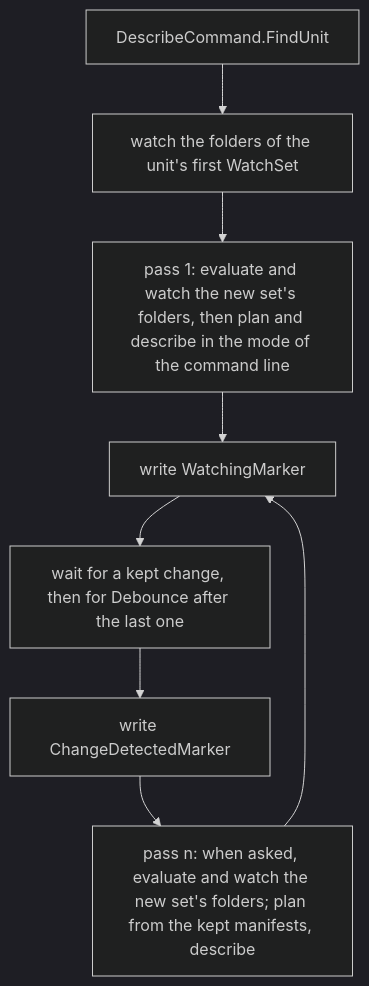
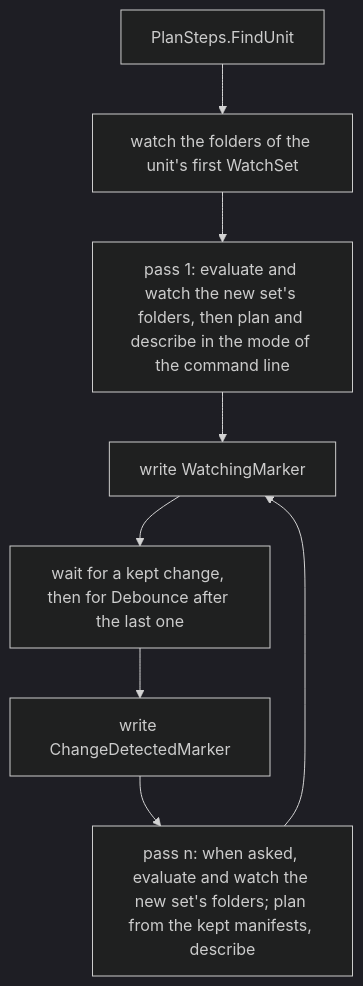
The second of 2 diagrams in docs/architecture/tool.md (mbcrawfo/SqlSource), drawn with Mermaid (dark theme) before and after one commit. The commit also changed other lines of this file and 11 other files, not shown here.

Commit message:
refactor(tool): the plan and connection steps leave DescribeCommand for PlanSteps (TD-0108 item 16)

````diff
--- a/docs/architecture/tool.md
+++ b/docs/architecture/tool.md
@@ -207,10 +207,10 @@
 ```mermaid
 flowchart TD
-    find["DescribeCommand.FindUnit"] --> open["watch the folders of the unit's first WatchSet"]
+    find["PlanSteps.FindUnit"] --> open["watch the folders of the unit's first WatchSet"]
     open --> first["pass 1: evaluate and watch the new set's folders, then plan and describe in the mode of the command line"]
     first --> watching["write WatchingMarker"]
     watching --> wait["wait for a kept change, then for Debounce after the last one"]
     wait --> marker["write ChangeDetectedMarker"]
     marker --> pass["pass n: when asked, evaluate and watch the new set's folders; plan from the kept manifests, describe"]
     pass --> watching
 ```
````
